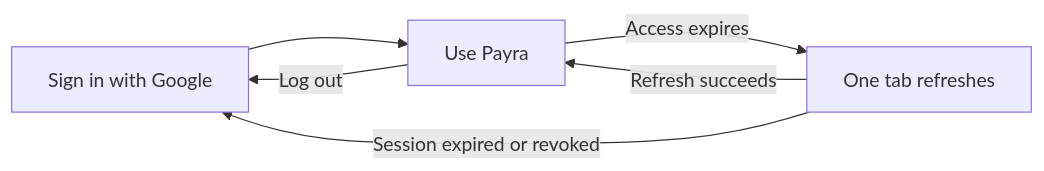
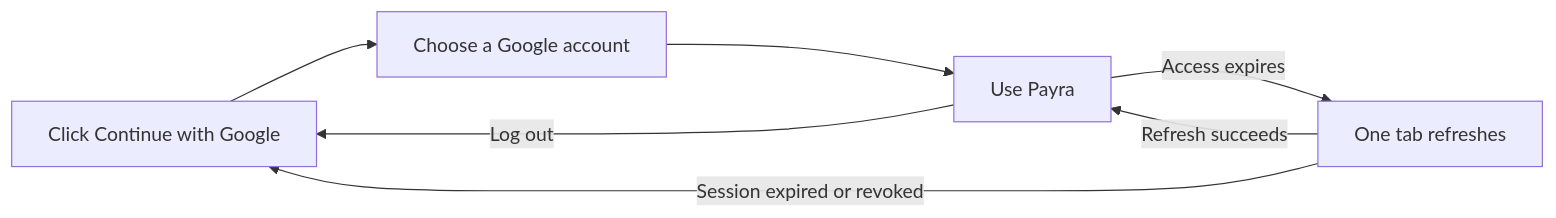
The first of 2 diagrams in docs/system-design.md (ZiniaResearch/payra), drawn with Mermaid before and after one commit. The commit also changed other lines of this file and 3 other files, not shown here.

Commit message:
docs: align architecture and auth guides

````diff
--- a/docs/system-design.md
+++ b/docs/system-design.md
@@ -27,8 +41,9 @@
 ```mermaid
 flowchart LR
-    Login["Sign in with Google"] --> Active["Use Payra"]
+    Login["Click Continue with Google"] --> Google["Choose a Google account"]
+    Google --> Active["Use Payra"]
     Active -->|Access expires| Refresh["One tab refreshes"]
     Refresh -->|Refresh succeeds| Active
     Refresh -->|Session expired or revoked| Login
     Active -->|Log out| Login
 ```
````
